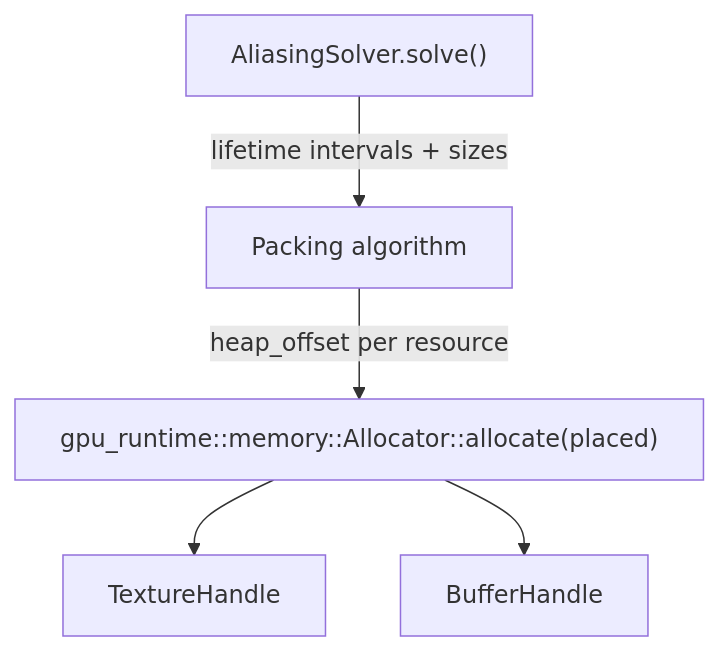
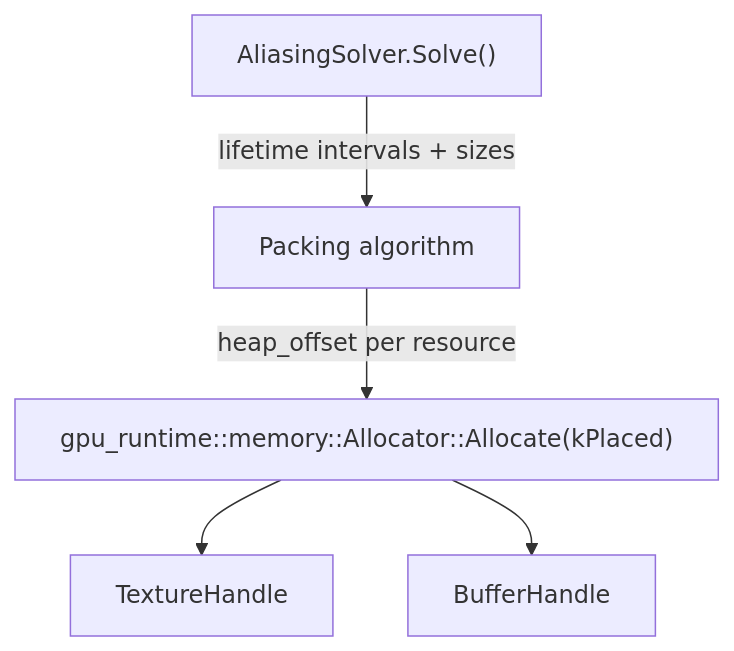
Before and after one commit to harmonius-dev/harmonius: the sixth of 10 diagrams in docs/design/render-graph-design.md, drawn with Mermaid. The commit also changed other lines of this file and 67 other files, not shown here.

````diff
--- a/docs/design/render-graph-design.md
+++ b/docs/design/render-graph-design.md
@@ -1133,7 +1118,7 @@
 ```mermaid
 flowchart TD
-    AS["AliasingSolver.solve()"] -->|"lifetime intervals + sizes"| Pack["Packing algorithm"]
-    Pack -->|"heap_offset per resource"| Alloc["gpu_runtime::memory::Allocator::allocate(placed)"]
+    AS["AliasingSolver.Solve()"] -->|"lifetime intervals + sizes"| Pack["Packing algorithm"]
+    Pack -->|"heap_offset per resource"| Alloc["gpu_runtime::memory::Allocator::Allocate(kPlaced)"]
     Alloc --> T["TextureHandle"]
     Alloc --> B["BufferHandle"]
 ```
````
